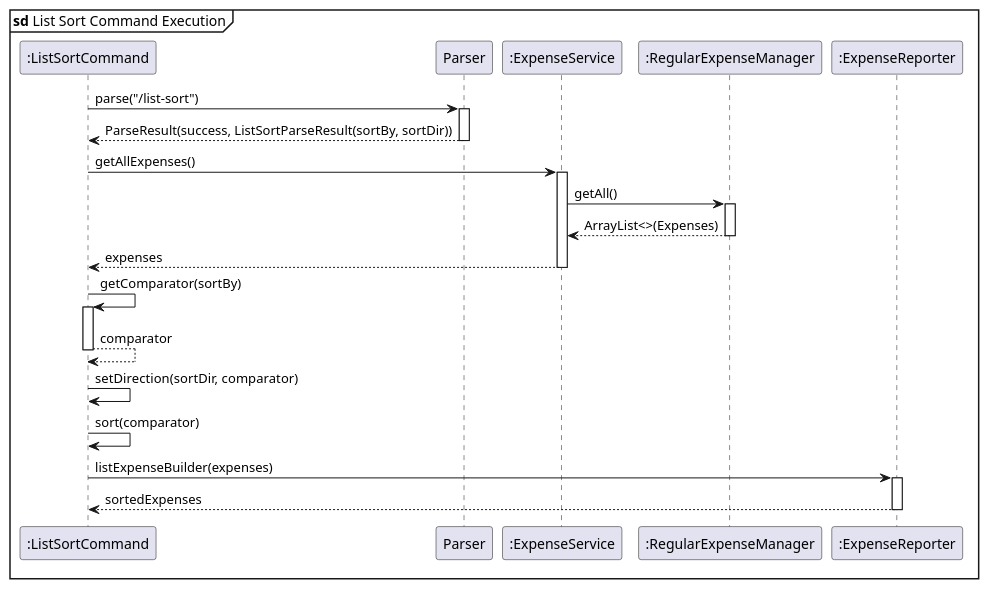
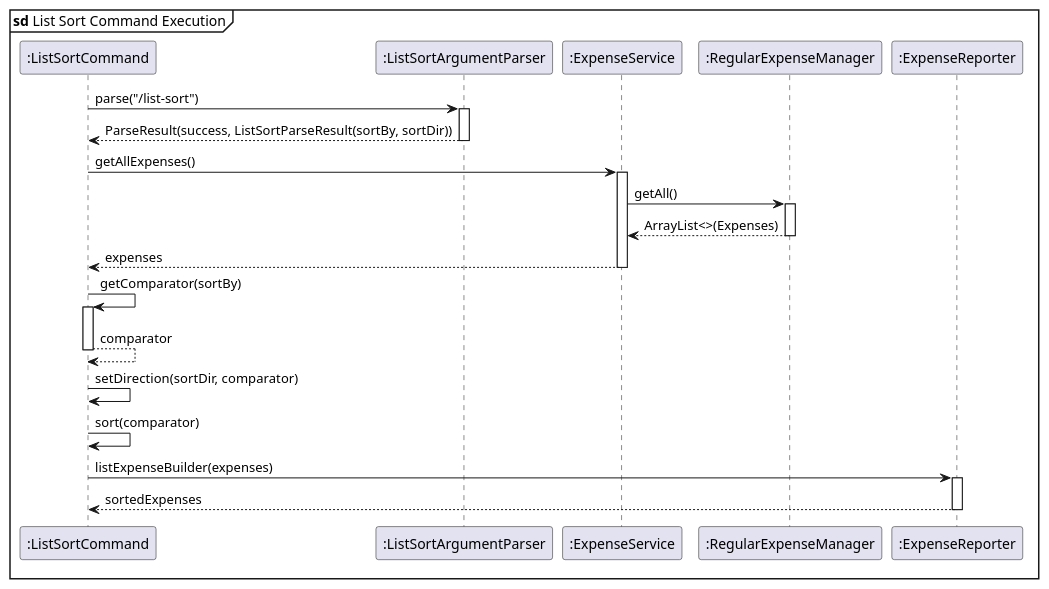
The diagram in docs/diagrams/sequence/sort.puml (randust/tp), drawn with PlantUML before and after one commit. The commit also changed 6 other files, not shown here.

Commit message:
renamed files and classes in uml diagrams + update test cases for sortcommand

```diff
--- a/docs/diagrams/sequence/sort.puml
+++ b/docs/diagrams/sequence/sort.puml
@@ -1,52 +1,51 @@
 @startuml sort
 skinparam sequenceReferenceBackgroundColor #white
 
 mainframe **sd** List Sort Command Execution
 
 participant ":ListSortCommand" as SC
+participant ":ListSortArgumentParser" as Parser
 
 SC -> Parser : parse("/list-sort")
 activate Parser
 
 Parser --> SC : ParseResult(success, ListSortParseResult(sortBy, sortDir))
 deactivate Parser
-
-
 
 participant ":ExpenseService" as ES
 participant ":RegularExpenseManager" as REM
 SC -> ES: getAllExpenses()
 activate ES
 
 ES -> REM: getAll()
 activate REM
 
 REM --> ES: ArrayList<>(Expenses)
 deactivate REM
 
 ES --> SC: expenses
 deactivate ES
 
 
 SC -> SC: getComparator(sortBy)
 activate SC
 SC --> SC: comparator
 deactivate SC
 
 
 SC -> SC: setDirection(sortDir, comparator)
 
 
 
 SC -> SC: sort(comparator)
 
 participant ":ExpenseReporter" as ER
 
 SC -> ER: listExpenseBuilder(expenses)
 activate ER
 ER --> SC: sortedExpenses
 deactivate ER
 
 
 
 @enduml
```
